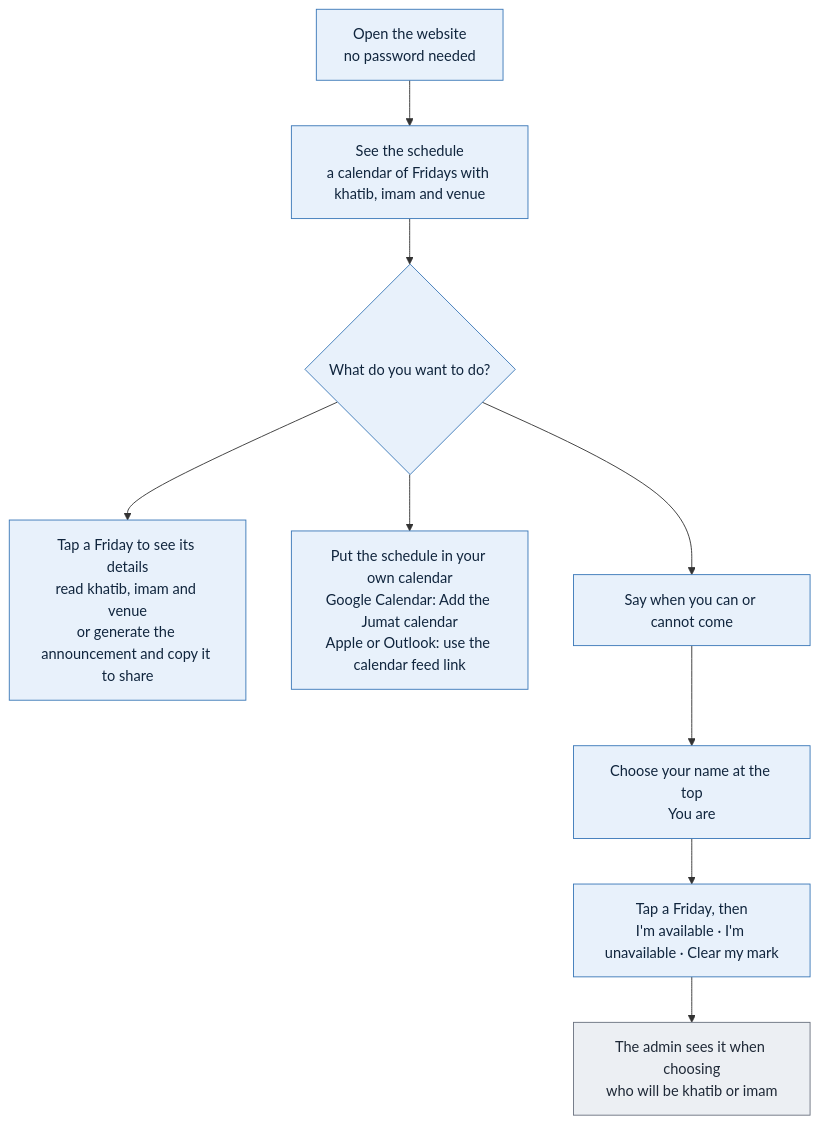
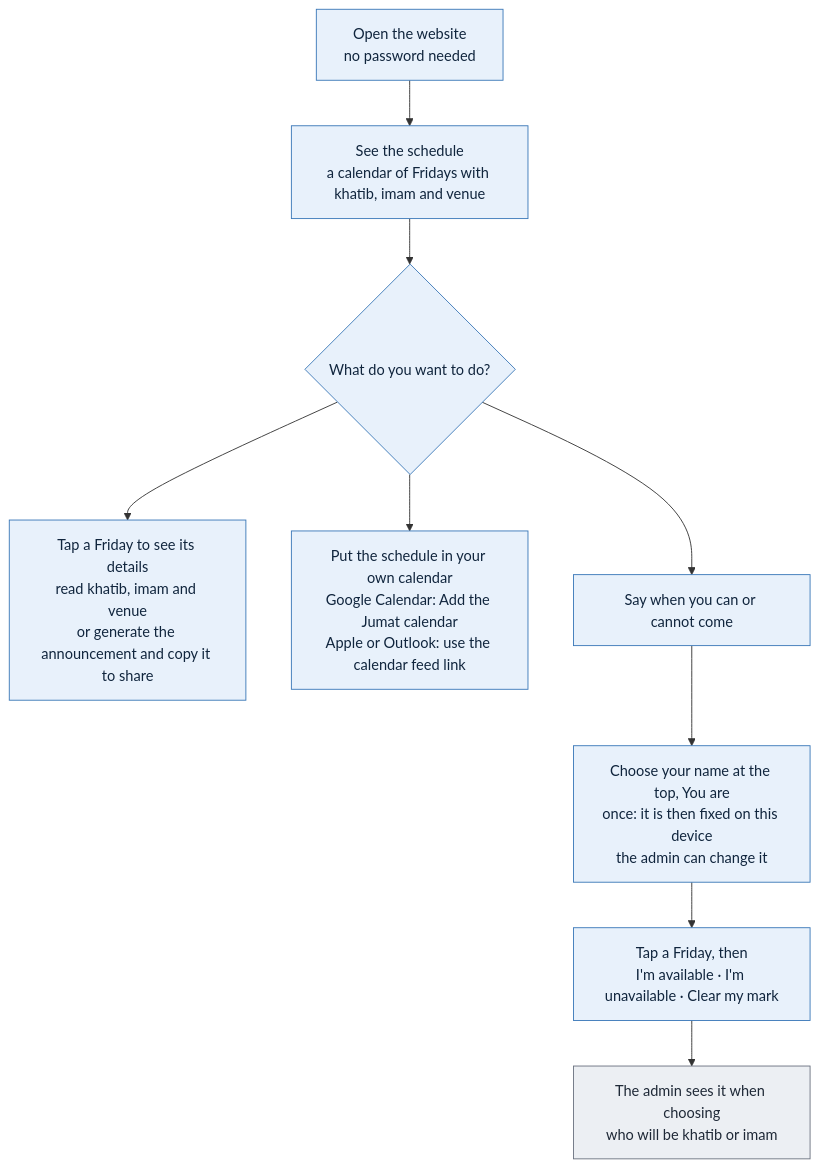
One commit to mushaffarasyidridha/Jumat-Scheduler-NAIST changed the diagram in public/flows/member.mmd. Above: the diagram before and after it, drawn with Mermaid. The commit also changed 6 other files, not shown here.

First line of the commit message:
Members cannot change their name once chosen; the admin can

```diff
--- a/public/flows/member.mmd
+++ b/public/flows/member.mmd
@@ -1,15 +1,15 @@
 flowchart TD
   A["Open the website<br/>no password needed"] --> B["See the schedule<br/>a calendar of Fridays with khatib, imam and venue"]
   B --> C{"What do you want to do?"}
 
   C --> D["Tap a Friday to see its details<br/>read khatib, imam and venue<br/>or generate the announcement and copy it to share"]
   C --> E["Put the schedule in your own calendar<br/>Google Calendar: Add the Jumat calendar<br/>Apple or Outlook: use the calendar feed link"]
   C --> F["Say when you can or cannot come"]
-  F --> F1["Choose your name at the top<br/>You are"]
+  F --> F1["Choose your name at the top, You are<br/>once: it is then fixed on this device<br/>the admin can change it"]
   F1 --> F2["Tap a Friday, then<br/>I'm available · I'm unavailable · Clear my mark"]
   F2 --> F3["The admin sees it when choosing<br/>who will be khatib or imam"]
 
   classDef member fill:#e8f1fb,stroke:#3b78b8,color:#10253d
   classDef robot fill:#eceff3,stroke:#6b7280,color:#1f2937
   class A,B,C,D,E,F,F1,F2 member
   class F3 robot
```
